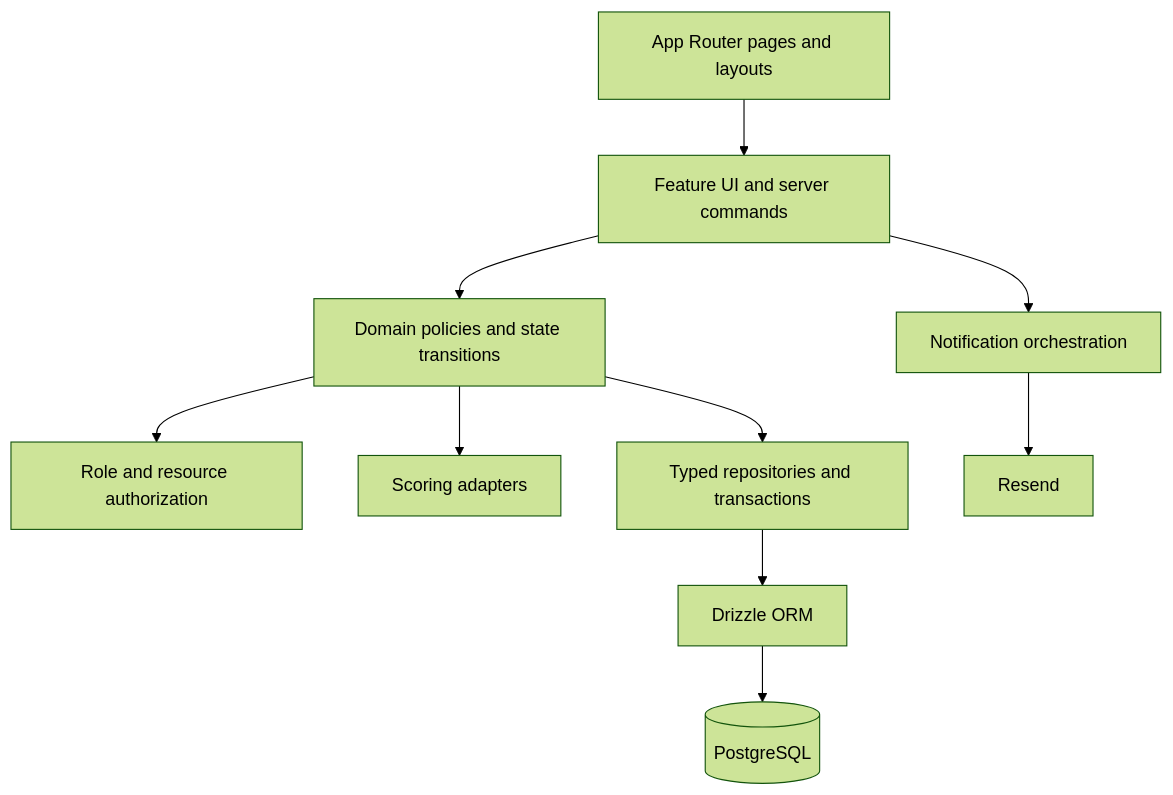
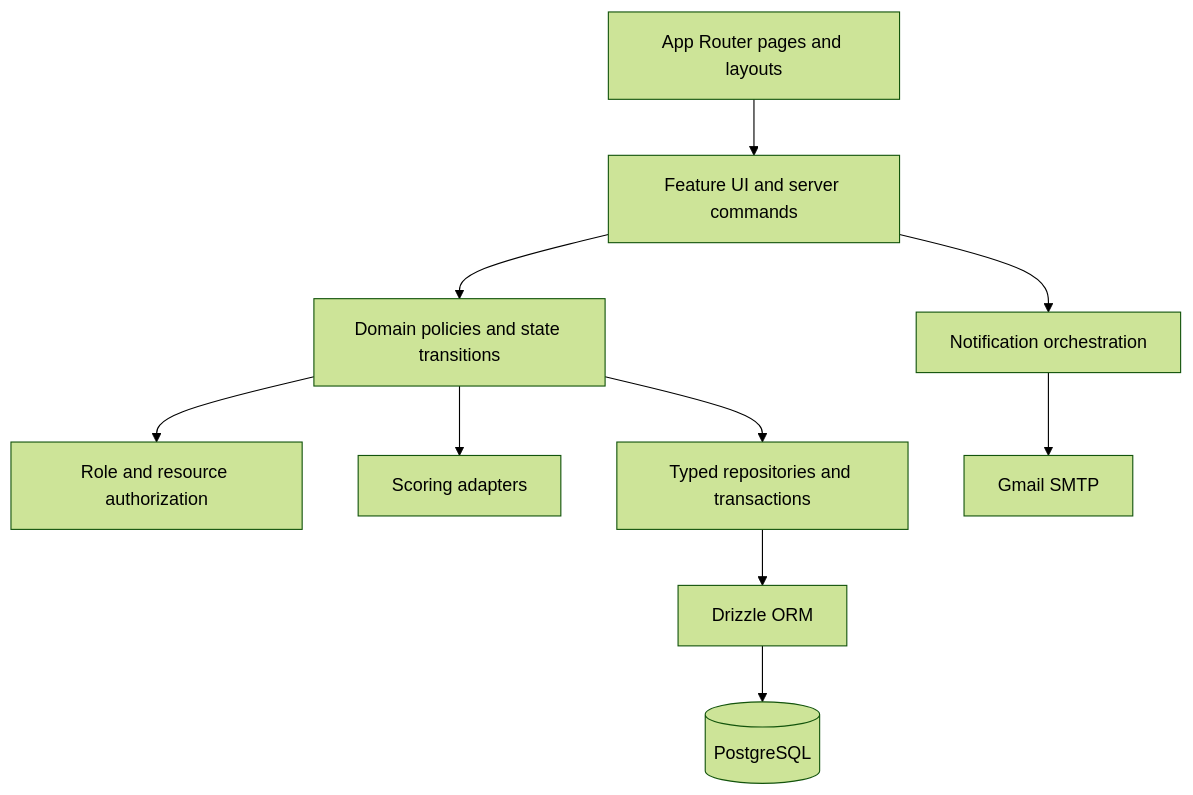
The second of 5 diagrams in docs/architecture/SYSTEM_ARCHITECTURE.md (khalid999devs/tournament_management_system), drawn with Mermaid (forest theme) before and after one commit. The commit also changed other lines of this file and 19 other files, not shown here.

First line of the commit message:
Remove Resend and send all email through Gmail SMTP

````diff
--- a/docs/architecture/SYSTEM_ARCHITECTURE.md
+++ b/docs/architecture/SYSTEM_ARCHITECTURE.md
@@ -30,12 +30,12 @@
 ```mermaid
 flowchart TB
     Routes[App Router pages and layouts] --> Features[Feature UI and server commands]
     Features --> Domain[Domain policies and state transitions]
     Domain --> Permissions[Role and resource authorization]
     Domain --> Scoring[Scoring adapters]
     Domain --> Repositories[Typed repositories and transactions]
     Repositories --> Drizzle[Drizzle ORM]
     Drizzle --> Postgres[(PostgreSQL)]
     Features --> Notifications[Notification orchestration]
-    Notifications --> Resend[Resend]
+    Notifications --> Email[Gmail SMTP]
 ```
````
